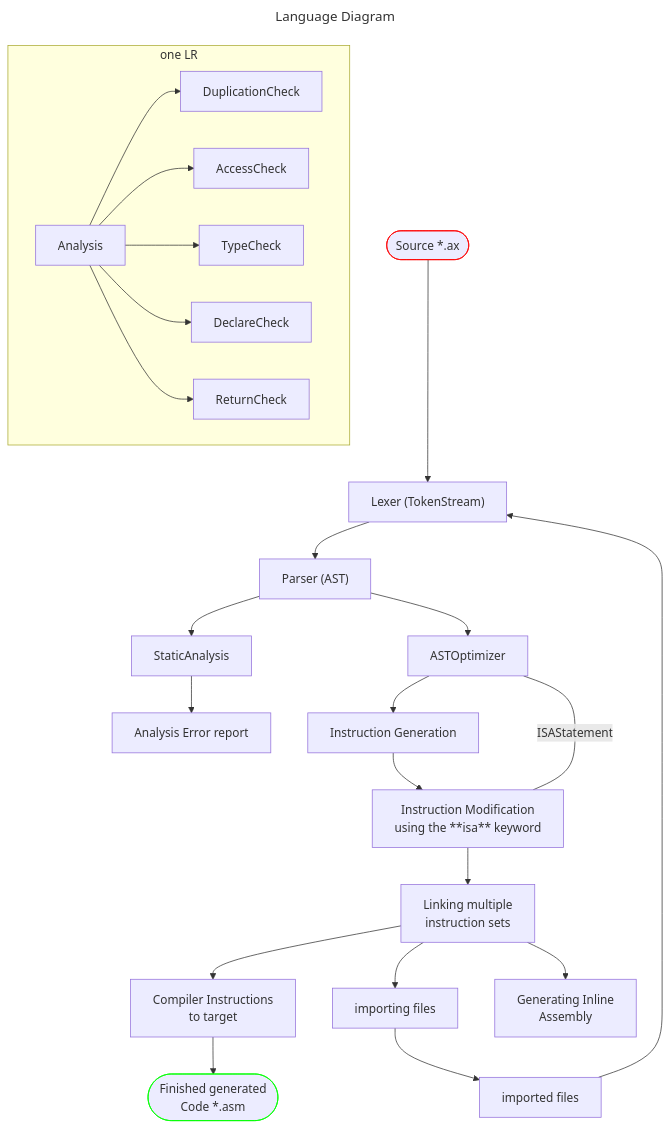
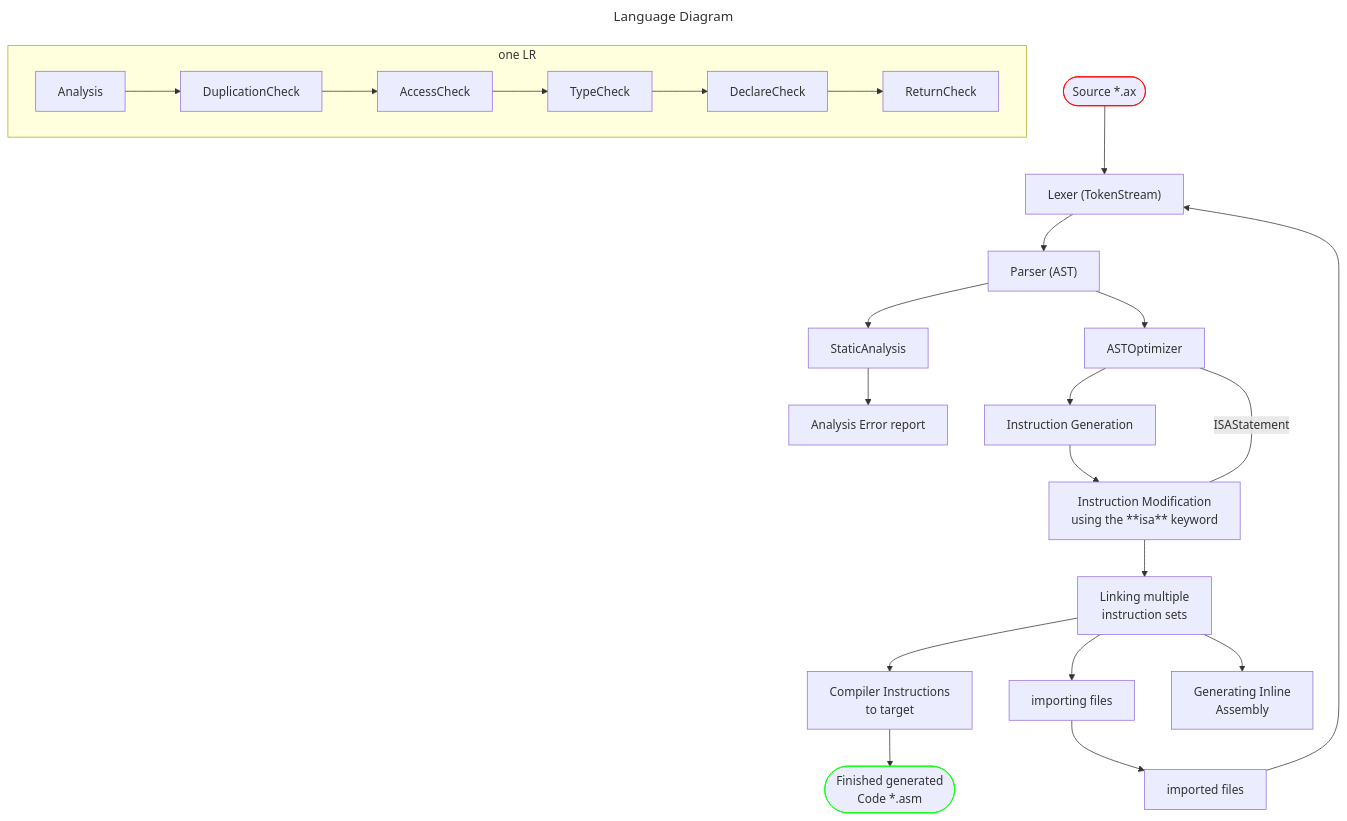
Before and after one commit to u64lisa/axiol-language: the diagram in README.MD, drawn with Mermaid.

````diff
--- a/README.MD
+++ b/README.MD
@@ -15,53 +15,53 @@
 ```mermaid
 ---
 title: Language Diagram
 ---
 graph TD;
     classDef red stroke:#f00
     classDef green stroke:#0f0
 
     source(["Source *.ax"])
     lexer["Lexer (TokenStream)"]
     source:::red --> lexer
     parser["Parser (AST)"]
     lexer --> parser
     analysis["StaticAnalysis"]
     error_stage_1["Analysis Error report"]
     analysis --> error_stage_1
     
     subgraph one LR;
     Analysis --> DuplicationCheck
-    Analysis --> AccessCheck
-    Analysis --> TypeCheck
-    Analysis --> DeclareCheck
-    Analysis --> ReturnCheck
+    DuplicationCheck --> AccessCheck
+    AccessCheck --> TypeCheck
+    TypeCheck --> DeclareCheck
+    DeclareCheck --> ReturnCheck
     
     end
     
     optimising["ASTOptimizer"]
     parser --> analysis
     parser --> optimising    
     instructionGen["Instruction Generation"]
     optimising --> instructionGen
     instructionModification["Instruction Modification
     using the **isa** keyword"]
     instructionGen --> instructionModification
     optimising-- ISAStatement ---instructionModification
     linker["Linking multiple
     instruction sets"]
     instructionModification --> linker
     importingLogic["importing files"]
     importedSources["imported files"]
     linker --> importingLogic
     importingLogic --> importedSources
     importedSources --> lexer;
     compiler["Compiler Instructions
     to target"]
     inlineASM["Generating Inline 
     Assembly"]
     linker --> inlineASM
     linker --> compiler
        finishedCode(["Finished generated
         Code *.asm"])
     compiler --> finishedCode:::green
 ```
````
